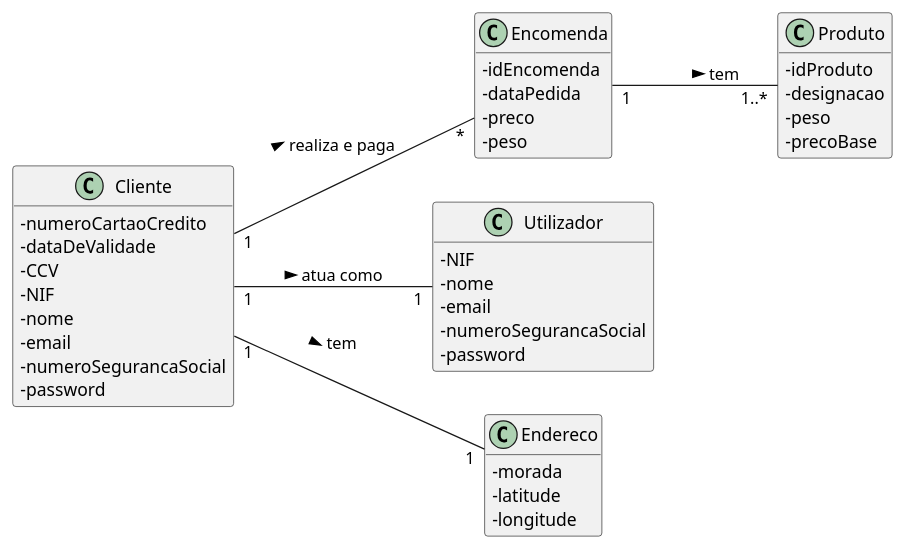
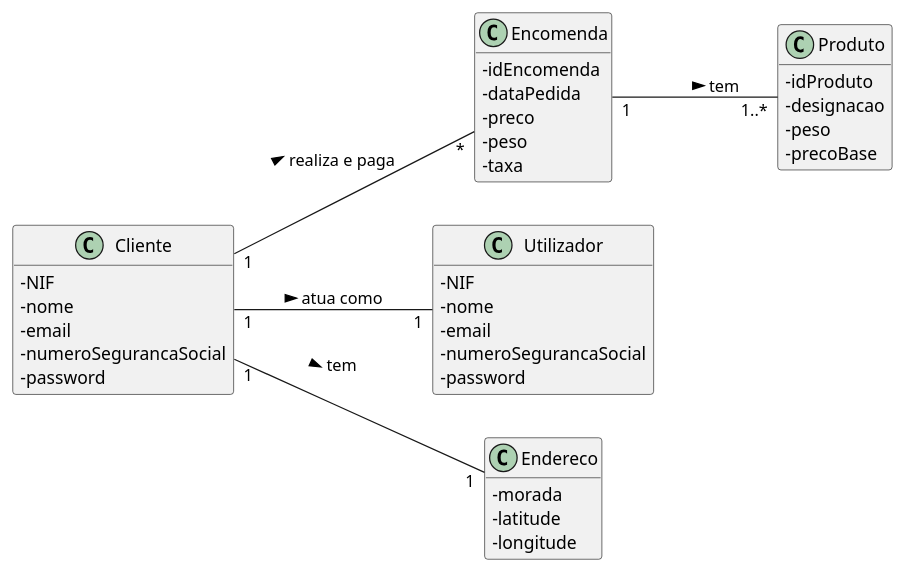
The diagram in docs/UC25/MD.puml (pedrolemos4/LAPR3), drawn with PlantUML before and after one commit. The commit also changed 11 other files, not shown here.

```diff
--- a/docs/UC25/MD.puml
+++ b/docs/UC25/MD.puml
@@ -1,52 +1,50 @@
 @startuml
 skinparam classAttributeIconSize 0
 hide methods
 left to right direction
 
 
 class Encomenda {
   -idEncomenda
   -dataPedida
   -preco
   -peso
+  -taxa
 }
 
 class Produto {
   -idProduto
   -designacao
   -peso
   -precoBase
 }
 
 class Utilizador {
   -NIF
   -nome
   -email
   -numeroSegurancaSocial
   -password
 }
 
 class Endereco {
   -morada
   -latitude
   -longitude
 }
 
 class Cliente {
-  -numeroCartaoCredito
-  -dataDeValidade
-  -CCV
   -NIF
   -nome
   -email
   -numeroSegurancaSocial
   -password
 }
 
 
 Cliente "1" -- "1" Utilizador: atua como >
 Cliente "1" -- "*" Encomenda: realiza e paga >
 Encomenda "1" -- "1..*" Produto: tem >
 Cliente "1" -- "1" Endereco: tem >
 
 @enduml
```
